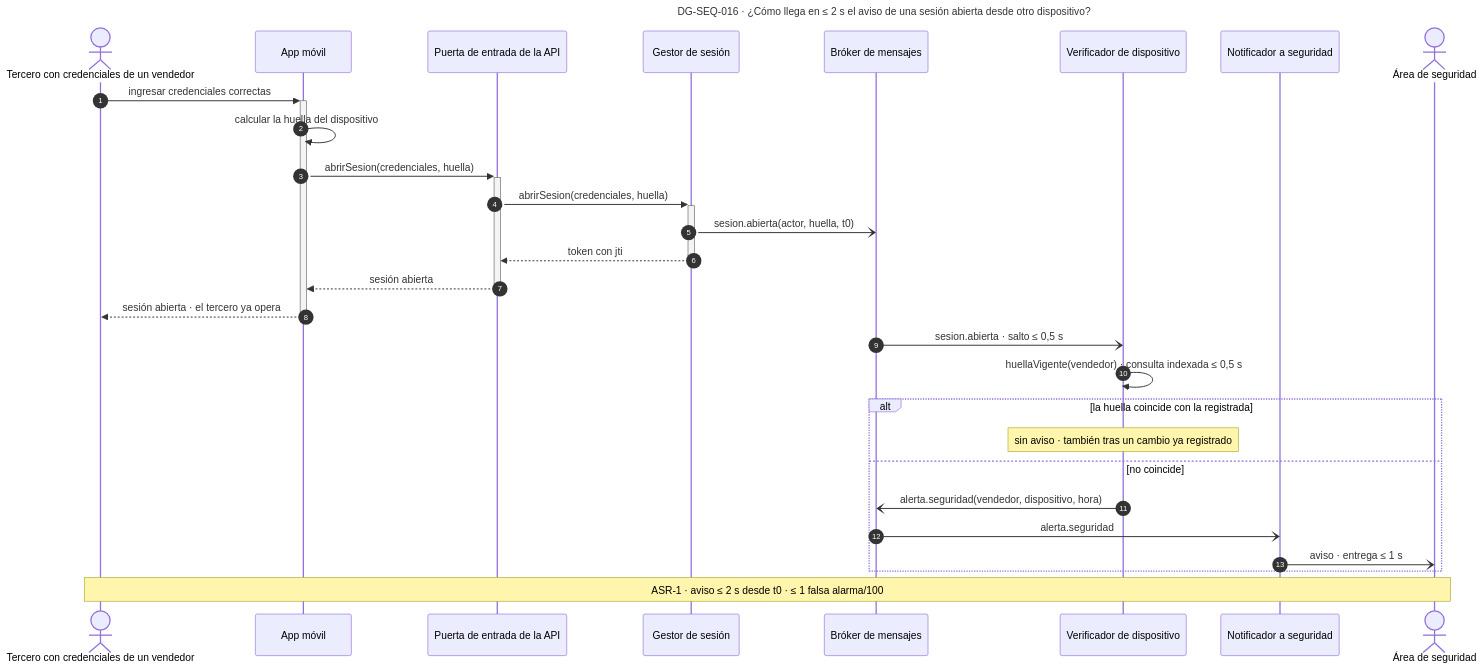
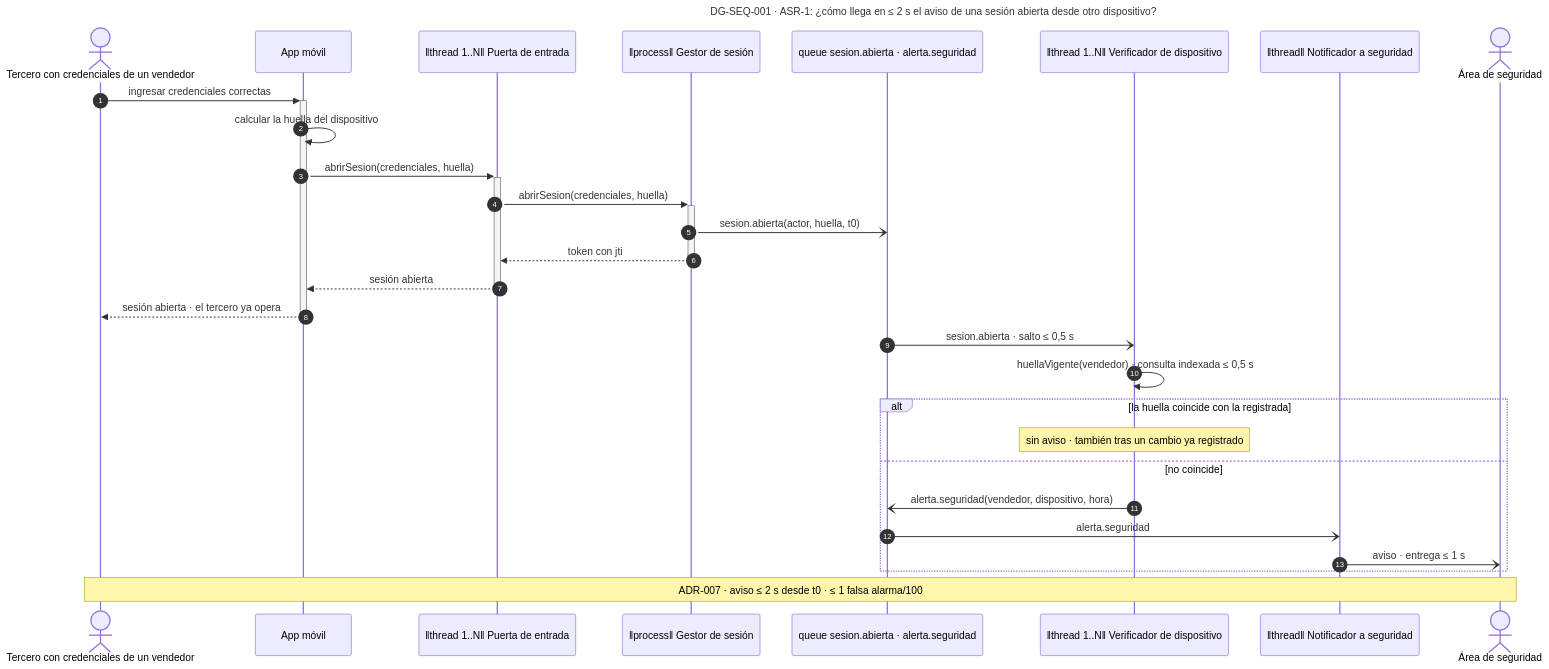
One commit to MATI-MBIT/arqsoft-reto-2 changed the first of 3 diagrams in docs/modelos/vista-concurrencia.md. Above: the diagram before and after it, drawn with Mermaid. The commit also changed other lines of this file and 58 other files, not shown here.

First line of the commit message:
Reemplaza los diagramas v6 por la v7 con draw.io como fuente

````diff
--- a/docs/modelos/vista-concurrencia.md
+++ b/docs/modelos/vista-concurrencia.md
@@ -340,37 +64,38 @@
 ```mermaid
 ---
-title: "DG-SEQ-016 · ¿Cómo llega en ≤ 2 s el aviso de una sesión abierta desde otro dispositivo?"
+title: "DG-SEQ-001 · ASR-1: ¿cómo llega en ≤ 2 s el aviso de una sesión abierta desde otro dispositivo?"
 config:
   theme: default
   look: classic
 ---
-%% id: DG-SEQ-016 | tipo: secuencia | asr: [ASR-1] | adr: [ADR-007] | estado: propuesta
+%% id: DG-SEQ-001 | tipo: secuencia | asr: [ASR-1] | adr: [ADR-001, ADR-007] | estado: propuesta
+%% copia del original en drawio/vista-concurrencia.drawio
 sequenceDiagram
     autonumber
     actor TER as Tercero con credenciales de un vendedor
     participant APP as App móvil
-    participant GW as Puerta de entrada de la API
-    participant SES as Gestor de sesión
-    participant BRK as Bróker de mensajes
-    participant VDI as Verificador de dispositivo
-    participant NOT as Notificador a seguridad
+    participant GW as ‖thread 1..N‖ Puerta de entrada
+    participant SES as ‖process‖ Gestor de sesión
+    participant BRK as queue sesion.abierta · alerta.seguridad
+    participant VDI as ‖thread 1..N‖ Verificador de dispositivo
+    participant NOT as ‖thread‖ Notificador a seguridad
     actor AREA as Área de seguridad
     TER->>+APP: ingresar credenciales correctas
     APP->>APP: calcular la huella del dispositivo
     APP->>+GW: abrirSesion(credenciales, huella)
     GW->>+SES: abrirSesion(credenciales, huella)
     SES-)BRK: sesion.abierta(actor, huella, t0)
     SES-->>-GW: token con jti
     GW-->>-APP: sesión abierta
     APP-->>-TER: sesión abierta · el tercero ya opera
     BRK-)VDI: sesion.abierta · salto ≤ 0,5 s
     VDI->>VDI: huellaVigente(vendedor) · consulta indexada ≤ 0,5 s
     alt la huella coincide con la registrada
         Note over VDI: sin aviso · también tras un cambio ya registrado
     else no coincide
         VDI-)BRK: alerta.seguridad(vendedor, dispositivo, hora)
         BRK-)NOT: alerta.seguridad
         NOT-)AREA: aviso · entrega ≤ 1 s
     end
-    Note over TER,AREA: ASR-1 · aviso ≤ 2 s desde t0 · ≤ 1 falsa alarma/100
+    Note over TER,AREA: ADR-007 · aviso ≤ 2 s desde t0 · ≤ 1 falsa alarma/100
 ```
````
